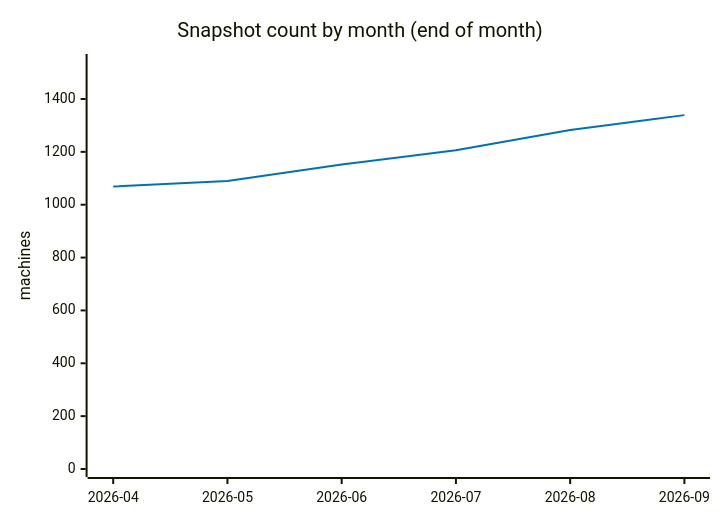
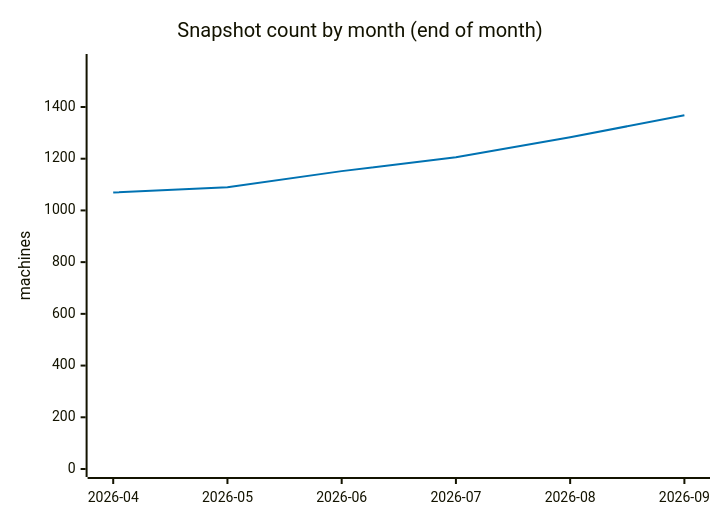
One commit to cheeaun/returnright-data changed the fourth of 5 diagrams in ANALYSIS.md. Above: the diagram before and after it, drawn with Mermaid. The commit also changed other lines of this file and 3 other files, not shown here.

````diff
--- a/ANALYSIS.md
+++ b/ANALYSIS.md
@@ -202,13 +202,13 @@
 ```mermaid
 ---
 config:
   themeVariables:
     xyChart:
       plotColorPalette: "#0072B2"
 ---
 xychart-beta
     title "Snapshot count by month (end of month)"
     x-axis ["2026-04", "2026-05", "2026-06", "2026-07", "2026-08", "2026-09"]
-    y-axis "machines" 0 --> 1540
-    line [1069, 1090, 1152, 1206, 1283, 1339]
+    y-axis "machines" 0 --> 1574
+    line [1069, 1090, 1152, 1206, 1283, 1368]
 ```
````
